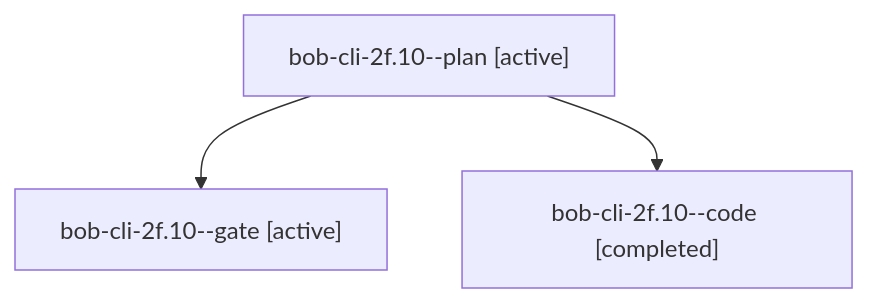
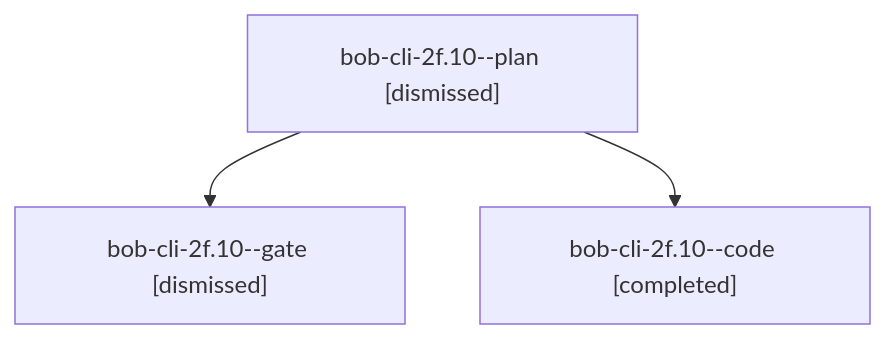
One commit to bobs-org/bob-cli--agents changed the diagram in sessions/bbugyi200.apollo.bob-cli-2f.10.md. Above: the diagram before and after it, drawn with Mermaid. The commit also changed other lines of this file and 149 other files, not shown here.

````diff
--- a/sessions/bbugyi200.apollo.bob-cli-2f.10.md
+++ b/sessions/bbugyi200.apollo.bob-cli-2f.10.md
@@ -9,8 +9,8 @@
 ```mermaid
 flowchart TD
-  n0["bob-cli-2f.10--plan [active]"]
-  n1["bob-cli-2f.10--gate [active]"]
+  n0["bob-cli-2f.10--plan [dismissed]"]
+  n1["bob-cli-2f.10--gate [dismissed]"]
   n0 --> n1
   n2["bob-cli-2f.10--code [completed]"]
   n0 --> n2
 ```
````
